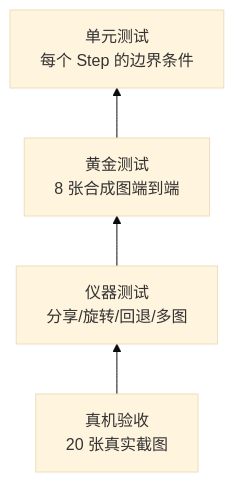
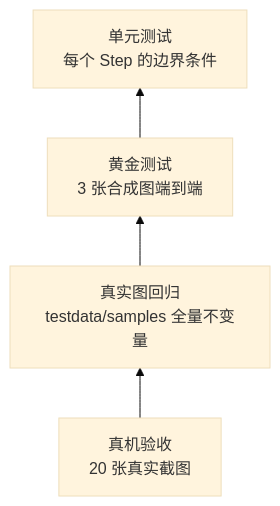
One commit to welbaken/pictext changed the diagram in docs/05-testing.md. Above: the diagram before and after it, drawn with Mermaid (base theme). The commit also changed other lines of this file and 13 other files, not shown here.

````diff
--- a/docs/05-testing.md
+++ b/docs/05-testing.md
@@ -7,6 +7,6 @@
 ```mermaid
 flowchart BT
-    A[真机验收<br/>20 张真实截图] --> B[仪器测试<br/>分享/旋转/回退/多图]
-    B --> C[黄金测试<br/>8 张合成图端到端]
+    A[真机验收<br/>20 张真实截图] --> B[真实图回归<br/>testdata/samples 全量不变量]
+    B --> C[黄金测试<br/>3 张合成图端到端]
     C --> D[单元测试<br/>每个 Step 的边界条件]
 ```
````
